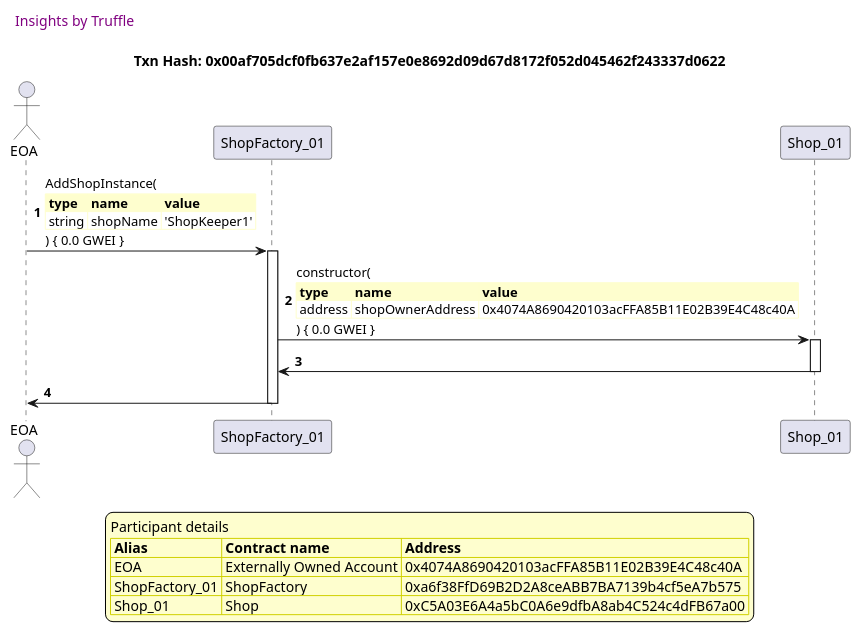
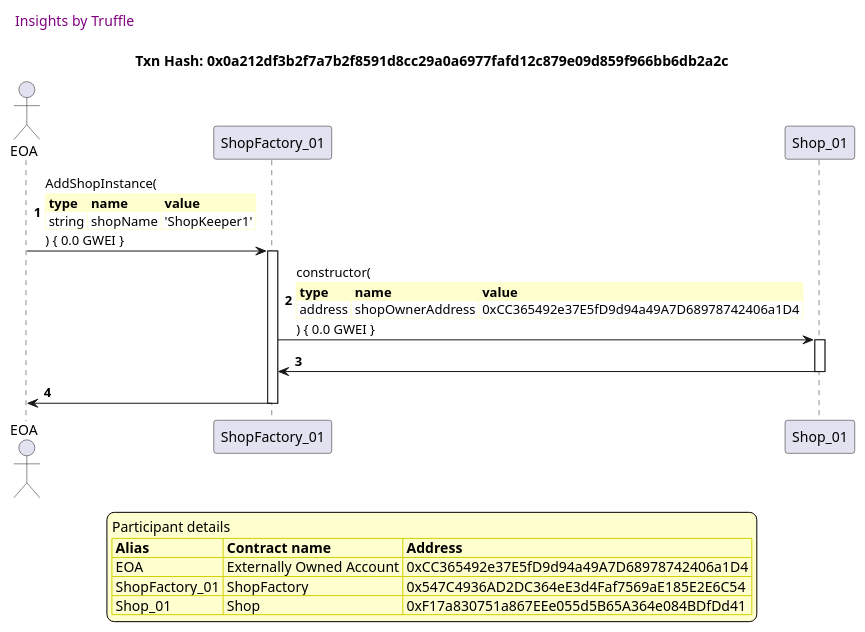
Before and after one commit to thedarkjester/ConsensysAssignment: the eighth of 58 diagrams in truffle-seq/Shop_test_shopfactory_manage_shop.md, drawn with PlantUML. The commit also changed other lines of this file and 13 other files, not shown here.

````diff
--- a/truffle-seq/Shop_test_shopfactory_manage_shop.md
+++ b/truffle-seq/Shop_test_shopfactory_manage_shop.md
@@ -353,47 +353,47 @@
 ```plantuml
 
 
 @startuml
 
 autonumber
 skinparam legendBackgroundColor #FEFECE
 
 <style>
       header {
         HorizontalAlignment left
         FontColor purple
         FontSize 14
         Padding 10
       }
     </style>
 
 header Insights by Truffle
 
-title Txn Hash: 0x00af705dcf0fb637e2af157e0e8692d09d67d8172f052d045462f243337d0622
+title Txn Hash: 0x0a212df3b2f7a7b2f8591d8cc29a0a6977fafd12c879e09d859f966bb6db2a2c
 
 
 actor EOA as "EOA"
 participant ShopFactory_01 as "ShopFactory_01"
 participant Shop_01 as "Shop_01"
 
 "EOA" -> "ShopFactory_01" ++: AddShopInstance(\n\
 <#FEFECE,#FEFECE>|= type |= name |= value |\n\
 | string | shopName | 'ShopKeeper1' |\n\
 ) { 0.0 GWEI }
 "ShopFactory_01" -> "Shop_01" ++: constructor(\n\
 <#FEFECE,#FEFECE>|= type |= name |= value |\n\
-| address | shopOwnerAddress | 0x4074A8690420103acFFA85B11E02B39E4C48c40A |\n\
+| address | shopOwnerAddress | 0xCC365492e37E5fD9d94a49A7D68978742406a1D4 |\n\
 ) { 0.0 GWEI }
 "Shop_01" -> "ShopFactory_01" --: 
 "ShopFactory_01" -> "EOA" --: 
 
 legend
 Participant details
 <#FEFECE,#D0D000>|= Alias |= Contract name |= Address |
-<#FEFECE>| EOA | Externally Owned Account | 0x4074A8690420103acFFA85B11E02B39E4C48c40A |
-<#FEFECE>| ShopFactory_01 | ShopFactory | 0xa6f38FfD69B2D2A8ceABB7BA7139b4cf5eA7b575 |
-<#FEFECE>| Shop_01 | Shop | 0xC5A03E6A4a5bC0A6e9dfbA8ab4C524c4dFB67a00 |
+<#FEFECE>| EOA | Externally Owned Account | 0xCC365492e37E5fD9d94a49A7D68978742406a1D4 |
+<#FEFECE>| ShopFactory_01 | ShopFactory | 0x547C4936AD2DC364eE3d4Faf7569aE185E2E6C54 |
+<#FEFECE>| Shop_01 | Shop | 0xF17a830751a867EEe055d5B65A364e084BDfDd41 |
 endlegend
 
 @enduml
 ```
````
